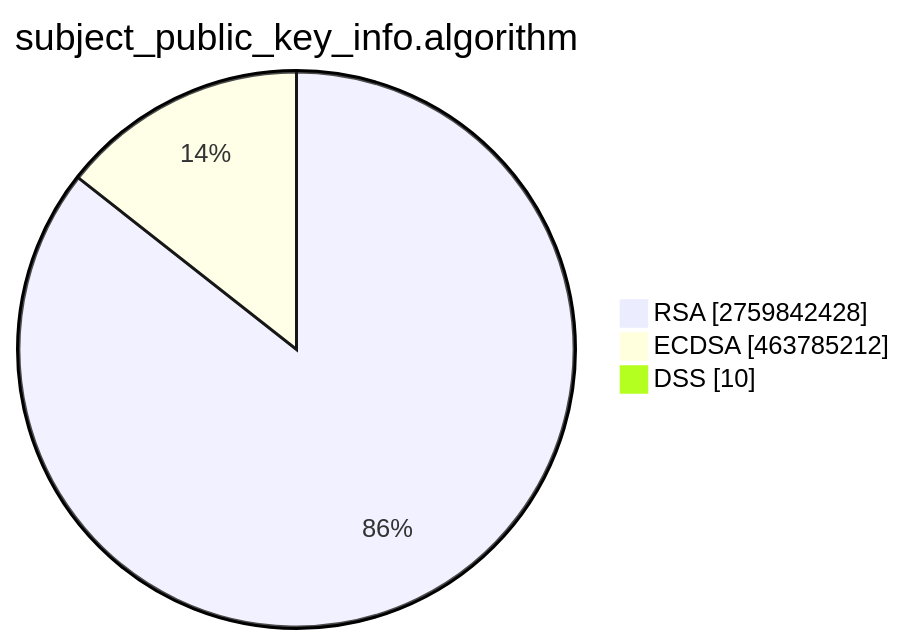
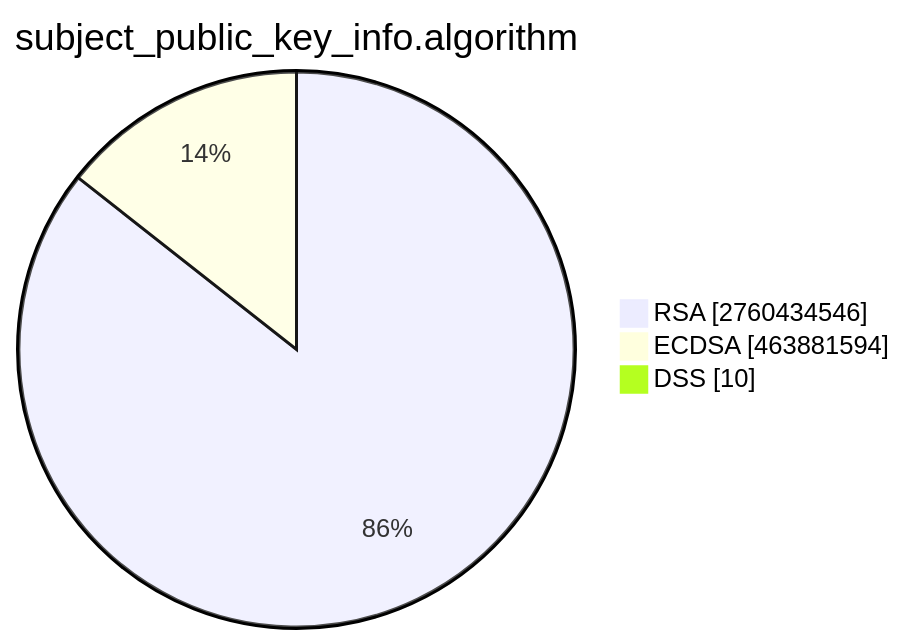
Before and after one commit to christiankrug/ctmonitor_visualization: the second of 15 diagrams in TOTAL/README.md, drawn with Mermaid. The commit also changed other lines of this file, not shown here.

````diff
--- a/TOTAL/README.md
+++ b/TOTAL/README.md
@@ -6,7 +6,7 @@
 ```mermaid
 pie showData
 title subject_public_key_info.algorithm
-"RSA" :2759842428
-"ECDSA" :463785212
+"RSA" :2760434546
+"ECDSA" :463881594
 "DSS" :10
 ```
````
